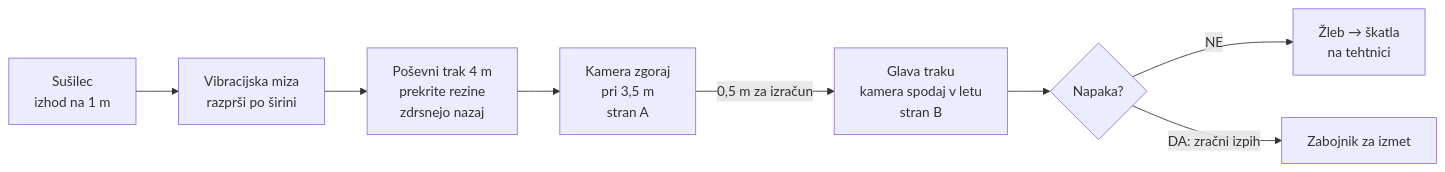
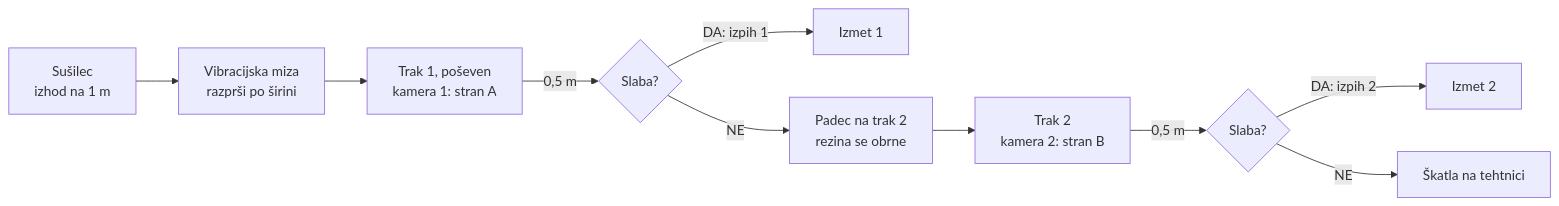
Before and after one commit to JureInokron/lui-2026-skupina-a: the diagram in naloga_B_jabolcni_cips/PREDSTAVITEV.md, drawn with Mermaid. The commit also changed other lines of this file and 3 other files, not shown here.

````diff
--- a/naloga_B_jabolcni_cips/PREDSTAVITEV.md
+++ b/naloga_B_jabolcni_cips/PREDSTAVITEV.md
@@ -24,10 +24,12 @@
 ```mermaid
 flowchart LR
     A[Sušilec<br/>izhod na 1 m] --> V[Vibracijska miza<br/>razprši po širini]
-    V --> B[Poševni trak 4 m<br/>prekrite rezine<br/>zdrsnejo nazaj]
-    B --> C[Kamera zgoraj<br/>pri 3,5 m<br/>stran A]
-    C -->|0,5 m za izračun| D[Glava traku<br/>kamera spodaj v letu<br/>stran B]
-    D --> E{Napaka?}
-    E -->|NE| F[Žleb → škatla<br/>na tehtnici]
-    E -->|DA: zračni izpih| G[Zabojnik za izmet]
+    V --> T1[Trak 1, poševen<br/>kamera 1: stran A]
+    T1 -->|0,5 m| I1{Slaba?}
+    I1 -->|DA: izpih 1| X1[Izmet 1]
+    I1 -->|NE| O[Padec na trak 2<br/>rezina se obrne]
+    O --> T2[Trak 2<br/>kamera 2: stran B]
+    T2 -->|0,5 m| I2{Slaba?}
+    I2 -->|DA: izpih 2| X2[Izmet 2]
+    I2 -->|NE| S[Škatla na tehtnici]
 ```
````
